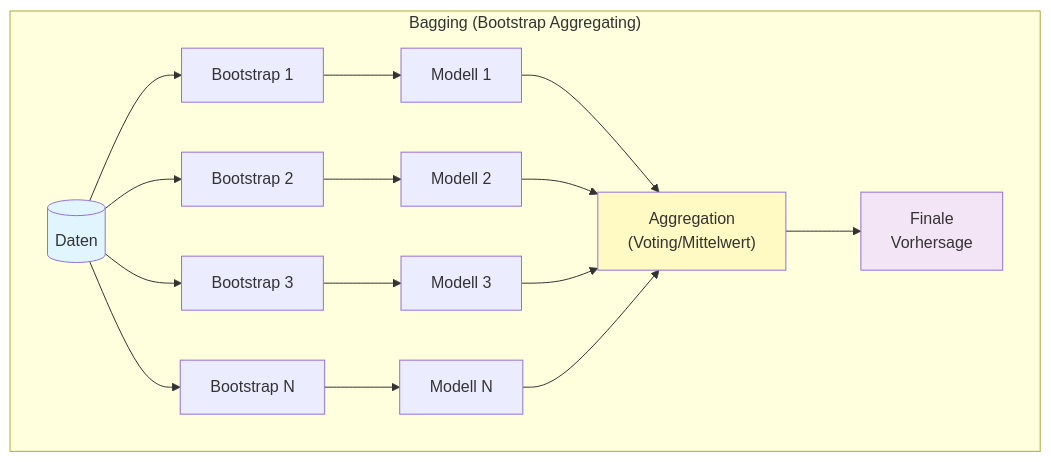
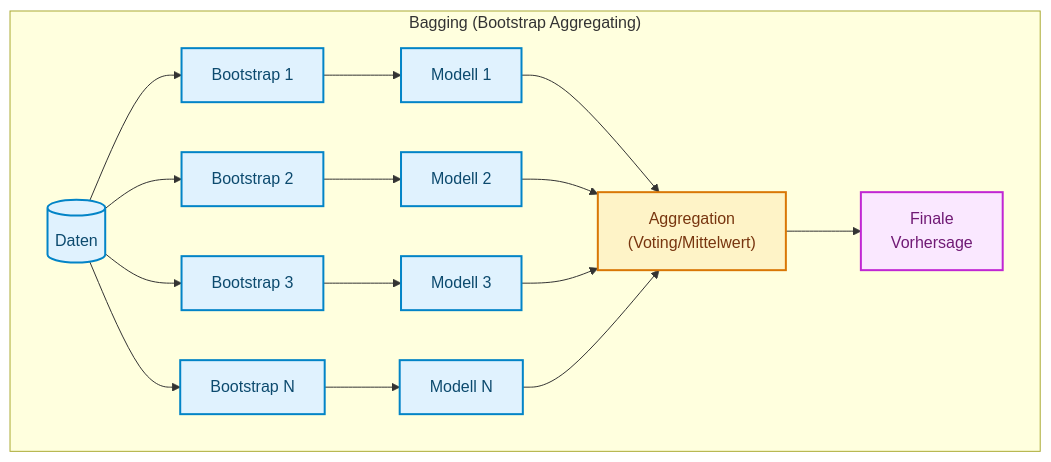
One commit to ralf-42/ML_Intro changed the sixth of 7 diagrams in docs/concepts/evaluate/bootstrapping.md. Above: the diagram before and after it, drawn with Mermaid. The commit also changed other lines of this file and 67 other files, not shown here.

````diff
--- a/docs/concepts/evaluate/bootstrapping.md
+++ b/docs/concepts/evaluate/bootstrapping.md
@@ -463,25 +464,27 @@
 ```mermaid
 flowchart TB
     subgraph bagging["Bagging (Bootstrap Aggregating)"]
         D[("Daten")] --> B1["Bootstrap 1"]
         D --> B2["Bootstrap 2"]
         D --> B3["Bootstrap 3"]
         D --> BN["Bootstrap N"]
         
         B1 --> M1["Modell 1"]
         B2 --> M2["Modell 2"]
         B3 --> M3["Modell 3"]
         BN --> MN["Modell N"]
         
         M1 --> AGG["Aggregation<br/>(Voting/Mittelwert)"]
         M2 --> AGG
         M3 --> AGG
         MN --> AGG
         
         AGG --> P["Finale<br/>Vorhersage"]
     end
-    
-    style D fill:#e1f5fe
-    style AGG fill:#fff9c4
-    style P fill:#f3e5f5
+
+    classDef default fill:#e0f2fe,stroke:#0284c7,stroke-width:2px,color:#0c4a6e;
+    classDef metric fill:#fef3c7,stroke:#d97706,stroke-width:2px,color:#78350f;
+    classDef target fill:#fae8ff,stroke:#c026d3,stroke-width:2px,color:#701a75;
+    class AGG metric;
+    class P target;
 ```
````
